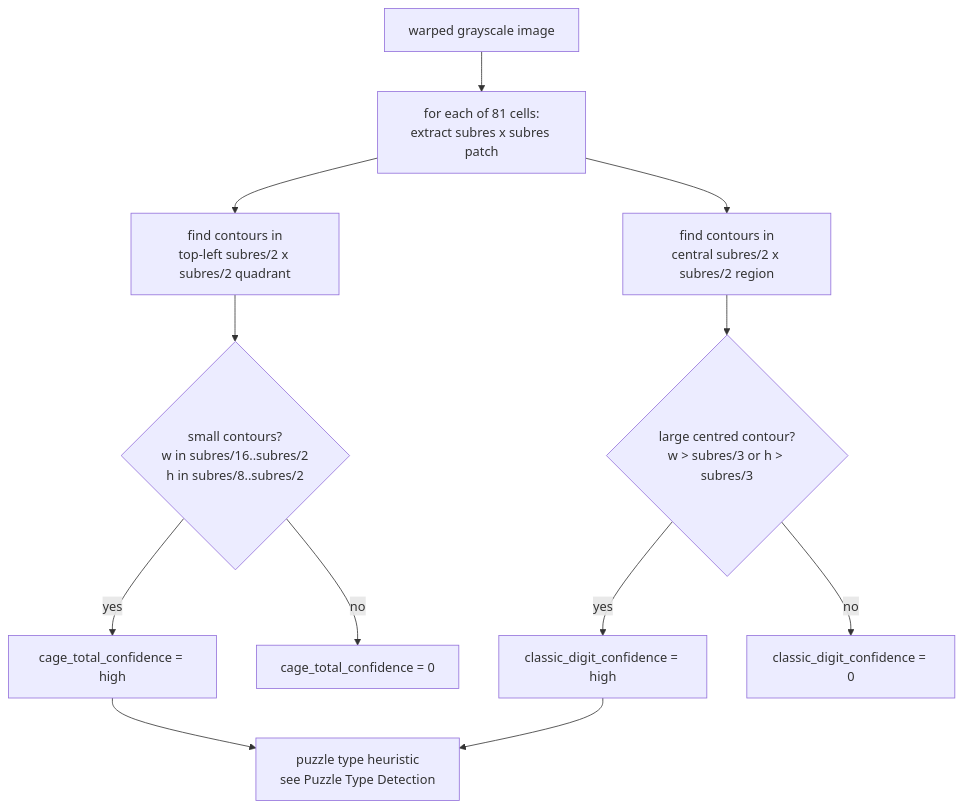
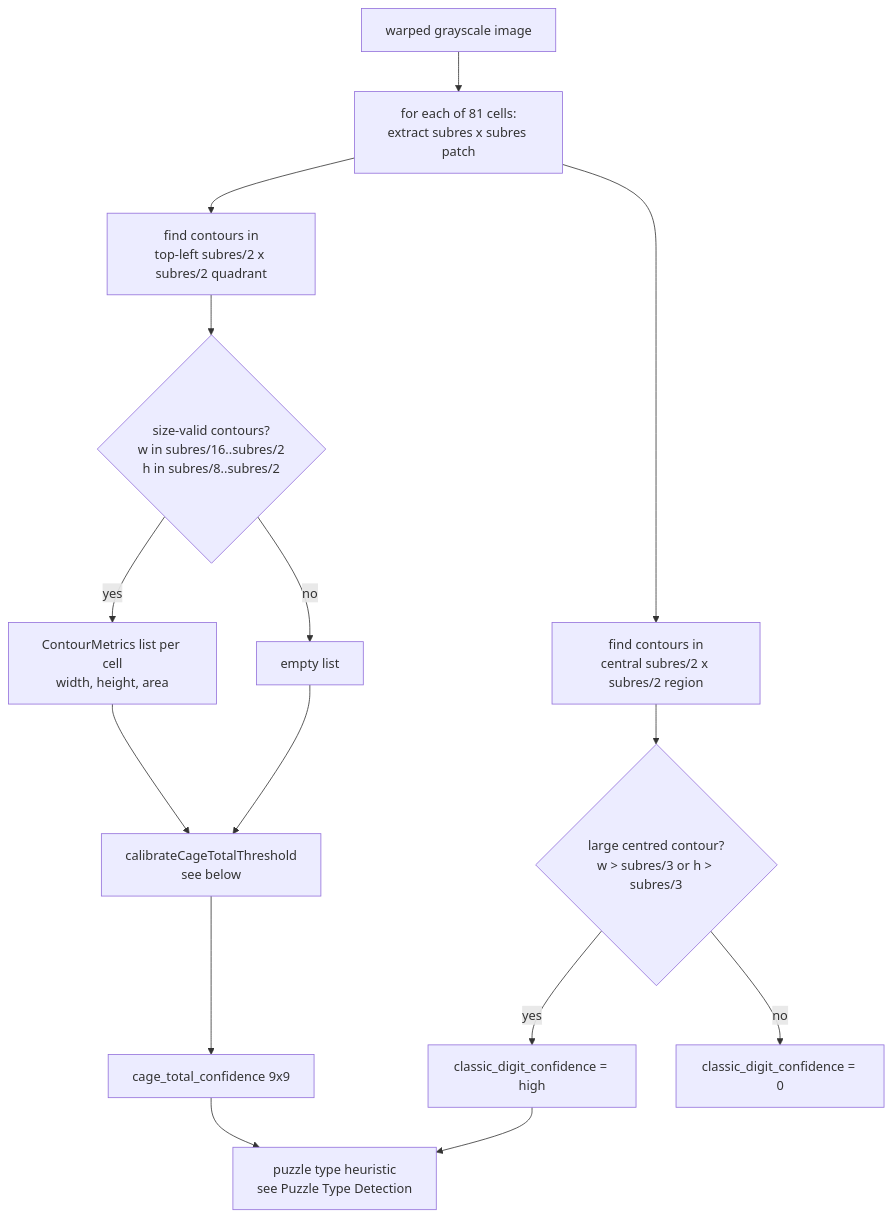
One commit to gbarrett28/cagedoku changed the fifth of 10 diagrams in docs/image-pipeline.md. Above: the diagram before and after it, drawn with Mermaid. The commit also changed other lines of this file and 3 other files, not shown here.

First line of the commit message:
docs: document cage-total calibration in image-pipeline.md, clean up plans

````diff
--- a/docs/image-pipeline.md
+++ b/docs/image-pipeline.md
@@ -170,14 +170,17 @@
 ```mermaid
 flowchart TD
     A[warped grayscale image] --> B[for each of 81 cells:\nextract subres x subres patch]
     B --> C[find contours in\ntop-left subres/2 x subres/2 quadrant]
-    C --> D{small contours?\nw in subres/16..subres/2\nh in subres/8..subres/2}
-    D -- yes --> E[cage_total_confidence = high]
-    D -- no --> F[cage_total_confidence = 0]
+    C --> D{size-valid contours?\nw in subres/16..subres/2\nh in subres/8..subres/2}
+    D -- yes --> E[ContourMetrics list per cell\nwidth, height, area]
+    D -- no --> F[empty list]
+    E --> CAL[calibrateCageTotalThreshold\nsee below]
+    F --> CAL
+    CAL --> CC[cage_total_confidence 9x9]
     B --> G[find contours in\ncentral subres/2 x subres/2 region]
     G --> H{large centred contour?\nw > subres/3 or h > subres/3}
     H -- yes --> I[classic_digit_confidence = high]
     H -- no --> J[classic_digit_confidence = 0]
-    E --> K[puzzle type heuristic\nsee Puzzle Type Detection]
+    CC --> K[puzzle type heuristic\nsee Puzzle Type Detection]
     I --> K
 ```
````
